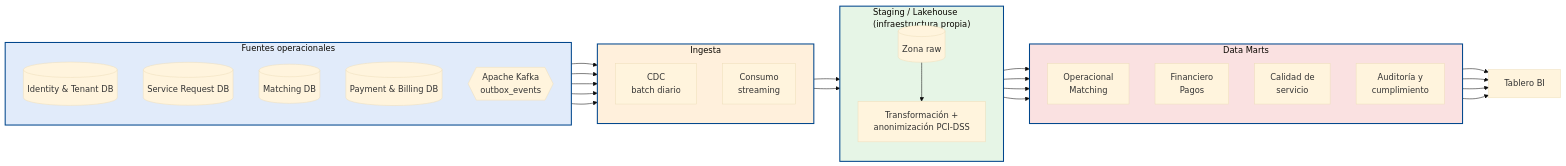
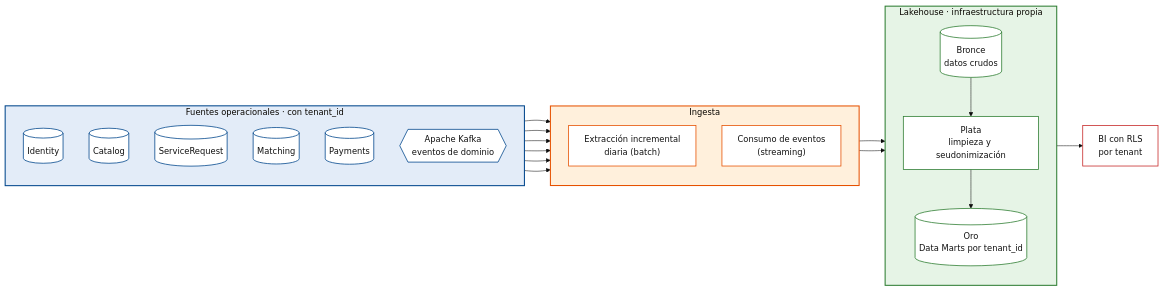
The fifth of 5 diagrams in Documentos/DDv2.md (sebas0430/Arquitectura), drawn with Mermaid (base theme) before and after one commit. The commit also changed other lines of this file, not shown here.

Commit message:
docs: actualizar DD a v2 alineado con SAD, SDD e infraestructura

````diff
--- a/Documentos/DDv2.md
+++ b/Documentos/DDv2.md
@@ -1173,55 +1275,47 @@
 ```mermaid
 flowchart LR
-    subgraph OP["Fuentes operacionales"]
+    classDef src fill:#FFFFFF,stroke:#00468C,stroke-width:1.5px,color:#111111
+    classDef step fill:#FFFFFF,stroke:#E65100,stroke-width:1.5px,color:#111111
+    classDef layer fill:#FFFFFF,stroke:#2E7D32,stroke-width:1.5px,color:#111111
+    classDef out fill:#FFFFFF,stroke:#C62828,stroke-width:1.5px,color:#111111
+
+    subgraph SRC["Fuentes operacionales · con tenant_id"]
         direction TB
-        PG1[("Identity & Tenant DB")]
-        PG2[("Service Request DB")]
-        PG3[("Matching DB")]
-        PG4[("Payment & Billing DB")]
-        KFK{{"Apache Kafka<br/>outbox_events"}}
+        s1[("Identity")]:::src
+        s2[("Catalog")]:::src
+        s3[("ServiceRequest")]:::src
+        s4[("Matching")]:::src
+        s5[("Payments")]:::src
+        s6{{"Apache Kafka<br/>eventos de dominio"}}:::src
     end
 
     subgraph ING["Ingesta"]
         direction TB
-        CDC["CDC<br/>batch diario"]
-        STR["Consumo<br/>streaming"]
+        e1["Extracción incremental<br/>diaria (batch)"]:::step
+        e2["Consumo de eventos<br/>(streaming)"]:::step
     end
 
-    subgraph STG["Staging / Lakehouse<br/>(infraestructura propia)"]
+    subgraph LH["Lakehouse · infraestructura propia"]
         direction TB
-        RAW[("Zona raw")]
-        TRF["Transformación +<br/>anonimización PCI-DSS"]
+        b[("Bronce<br/>datos crudos")]:::layer
+        p["Plata<br/>limpieza y seudonimización"]:::layer
+        o[("Oro<br/>Data Marts por tenant_id")]:::layer
+        b --> p --> o
     end
 
-    subgraph DM["Data Marts"]
-        direction TB
-        DM1["Operacional<br/>Matching"]
-        DM2["Financiero<br/>Pagos"]
-        DM3["Calidad de<br/>servicio"]
-        DM4["Auditoría y<br/>cumplimiento"]
-    end
+    bi["BI con RLS<br/>por tenant"]:::out
 
-    BI["Tablero BI"]
+    s1 --> e1
+    s2 --> e1
+    s3 --> e1
+    s4 --> e1
+    s5 --> e1
+    s6 --> e2
+    e1 --> b
+    e2 --> b
+    o --> bi
 
-    PG1 --> CDC
-    PG2 --> CDC
-    PG3 --> CDC
-    PG4 --> CDC
-    KFK --> STR
-    CDC --> RAW
-    STR --> RAW
-    RAW --> TRF
-    TRF --> DM1
-    TRF --> DM2
-    TRF --> DM3
-    TRF --> DM4
-    DM1 --> BI
-    DM2 --> BI
-    DM3 --> BI
-    DM4 --> BI
-
-    style OP fill:#E1EBFA,stroke:#00468C,stroke-width:2px
-    style ING fill:#FFF0DC,stroke:#00468C,stroke-width:2px
-    style STG fill:#E6F5E6,stroke:#00468C,stroke-width:2px
-    style DM fill:#FAE1E1,stroke:#00468C,stroke-width:2px
+    style SRC fill:#E3ECF8,stroke:#00468C,stroke-width:2px
+    style ING fill:#FFF0DC,stroke:#E65100,stroke-width:2px
+    style LH fill:#E6F4E6,stroke:#2E7D32,stroke-width:2px
 ```
````
